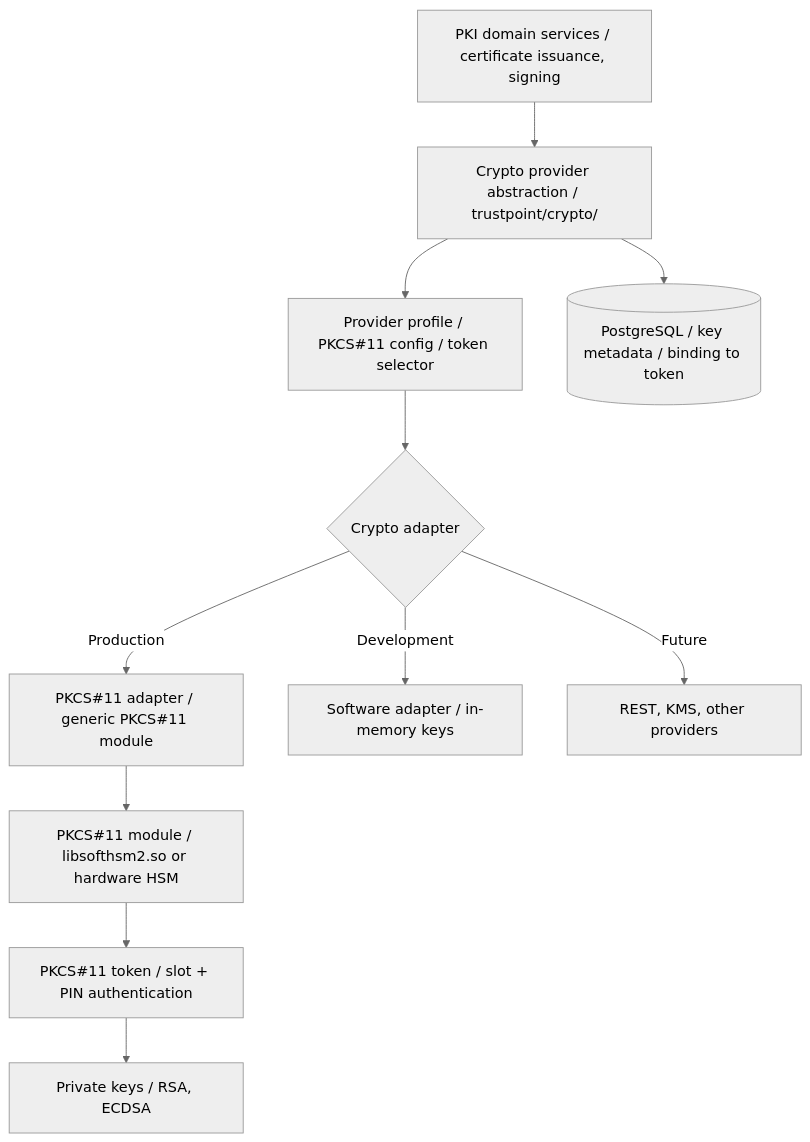
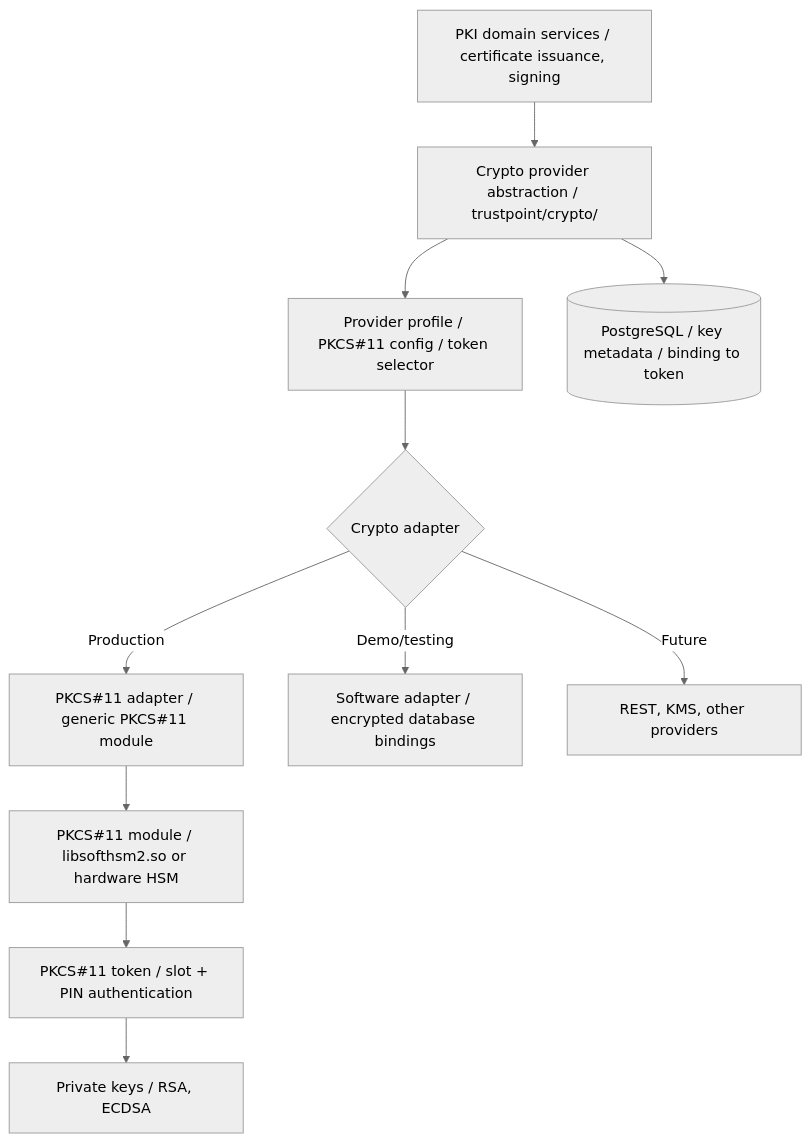
Before and after one commit to Trustpoint-Project/trustpoint: the diagram in docs/source/development/architecture/cryptography.md, drawn with Mermaid (neutral theme). The commit also changed other lines of this file and 23 other files, not shown here.

````diff
--- a/docs/source/development/architecture/cryptography.md
+++ b/docs/source/development/architecture/cryptography.md
@@ -7,22 +7,22 @@
 ```{mermaid}
 flowchart TB
     PKI_SERVICE["PKI domain services / certificate issuance, signing"]
     CRYPTO_API["Crypto provider abstraction / trustpoint/crypto/"]
     
     PKI_SERVICE --> CRYPTO_API
     
     CRYPTO_API --> PROVIDER_PROFILE["Provider profile / PKCS#11 config / token selector"]
     
     PROVIDER_PROFILE --> ADAPTER{Crypto adapter}
     
     ADAPTER -->|Production| PKCS11_ADAPTER["PKCS#11 adapter / generic PKCS#11 module"]
-    ADAPTER -->|Development| SOFTWARE_ADAPTER["Software adapter / in-memory keys"]
+    ADAPTER -->|Demo/testing| SOFTWARE_ADAPTER["Software adapter / encrypted database bindings"]
     ADAPTER -->|Future| FUTURE_ADAPTER[REST, KMS, other providers]
     
     PKCS11_ADAPTER --> MODULE["PKCS#11 module / libsofthsm2.so or hardware HSM"]
     MODULE --> TOKEN["PKCS#11 token / slot + PIN authentication"]
     
     TOKEN --> KEYS["Private keys / RSA, ECDSA"]
     
     CRYPTO_API --> BINDING_DB[("PostgreSQL / key metadata / binding to token")]
 ```
````
